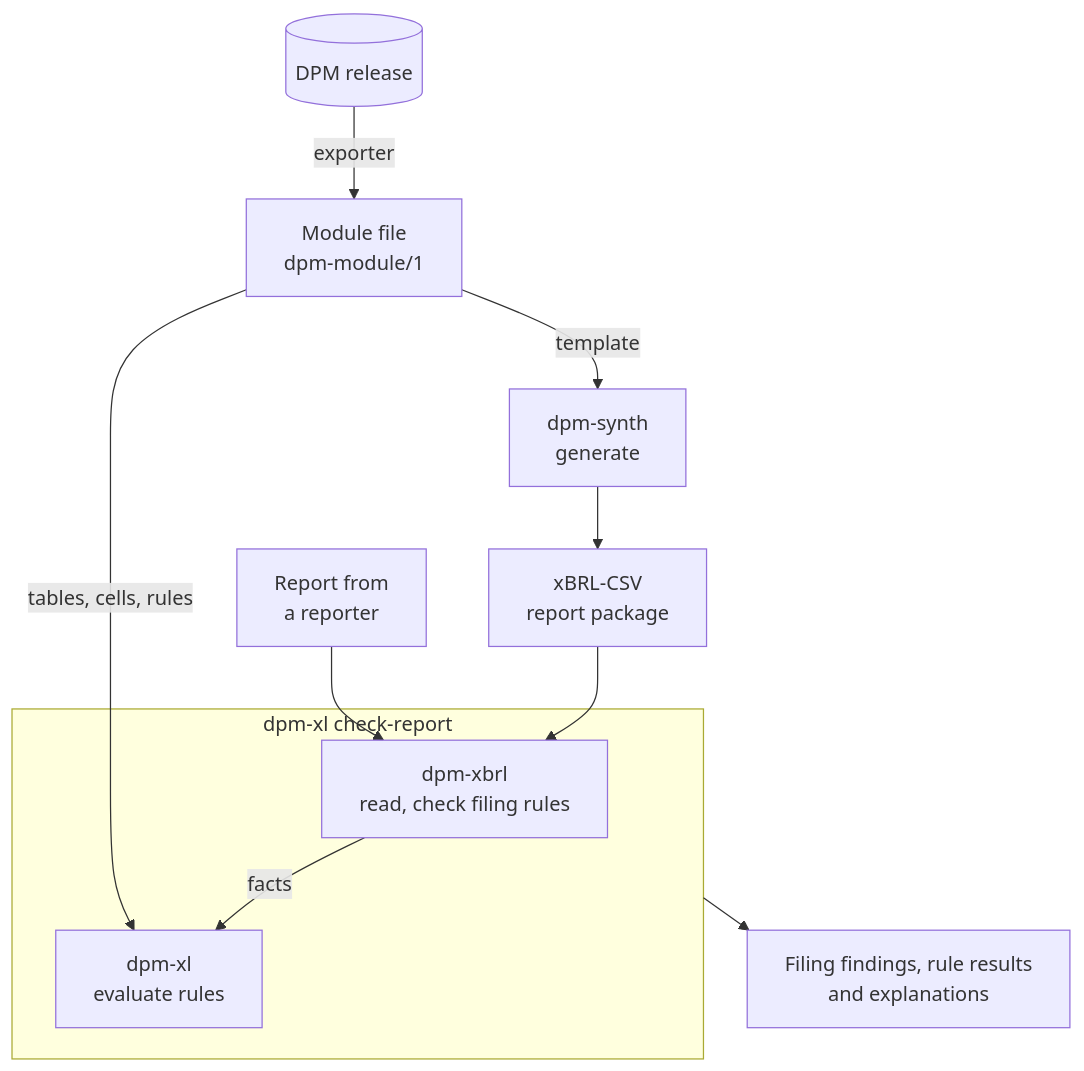
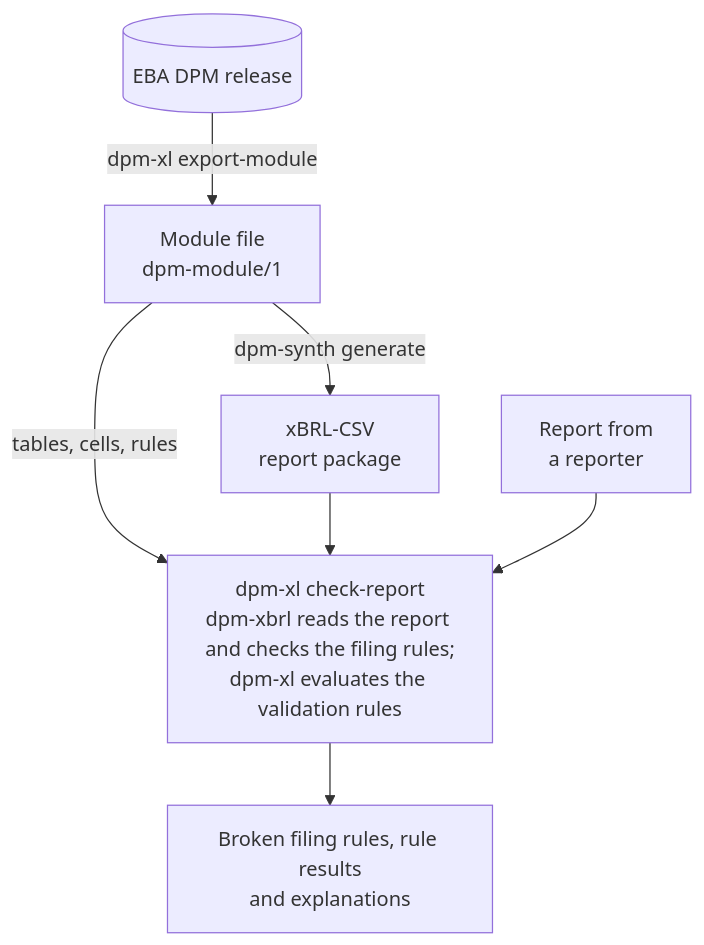
Before and after one commit to luukhopman/dpm-xl: the diagram in docs/toolkit.md, drawn with Mermaid. The commit also changed other lines of this file and 6 other files, not shown here.

````diff
--- a/docs/toolkit.md
+++ b/docs/toolkit.md
@@ -15,13 +75,11 @@
 ```mermaid
 flowchart TD
-    release[("DPM release")] -->|exporter| module["Module file<br>dpm-module/1"]
-    module -->|template| synth["dpm-synth<br>generate"]
-    synth --> package["xBRL-CSV<br>report package"]
-    subgraph check ["dpm-xl check-report"]
-        xbrl["dpm-xbrl<br>read, check filing rules"] -->|facts| xl["dpm-xl<br>evaluate rules"]
-    end
-    package --> xbrl
-    reporter["Report from<br>a reporter"] --> xbrl
-    module -->|tables, cells, rules| xl
-    check --> results["Filing findings, rule results<br>and explanations"]
+    release[("EBA DPM release")] -->|dpm-xl export-module| module["Module file<br>dpm-module/1"]
+    module -->|dpm-synth generate| package["xBRL-CSV<br>report package"]
+    reporter["Report from<br>a reporter"]
+    check["dpm-xl check-report<br>dpm-xbrl reads the report and checks the filing rules;<br>dpm-xl evaluates the validation rules"]
+    module -->|tables, cells, rules| check
+    package --> check
+    reporter --> check
+    check --> results["Broken filing rules, rule results<br>and explanations"]
 ```
````
